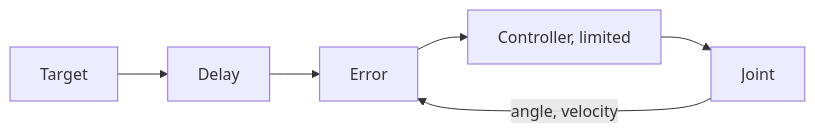
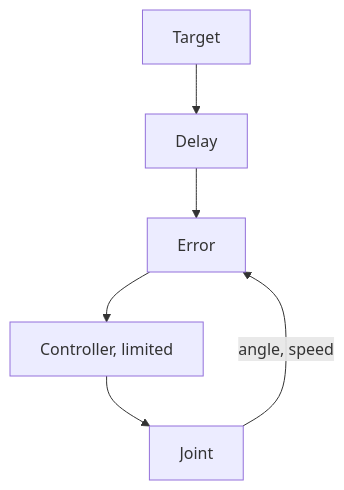
Before and after one commit to ChristianHohlfeld/kernengine.de: the second of 2 diagrams in kern/docs/book-yellow/C-physics.md, drawn with Mermaid. The commit also changed other lines of this file and 22 other files, not shown here.

````diff
--- a/kern/docs/book-yellow/C-physics.md
+++ b/kern/docs/book-yellow/C-physics.md
@@ -213,8 +358,9 @@
 ```mermaid
-flowchart LR
+%% Caption: The servo as a control loop: target, delay, error, controller, joint and back
+flowchart TB
   Z["Target"] --> T["Delay"]
   T --> E["Error"]
   E --> R["Controller, limited"]
   R --> G["Joint"]
-  G -->|"angle, velocity"| E
+  G -->|"angle, speed"| E
 ```
````
